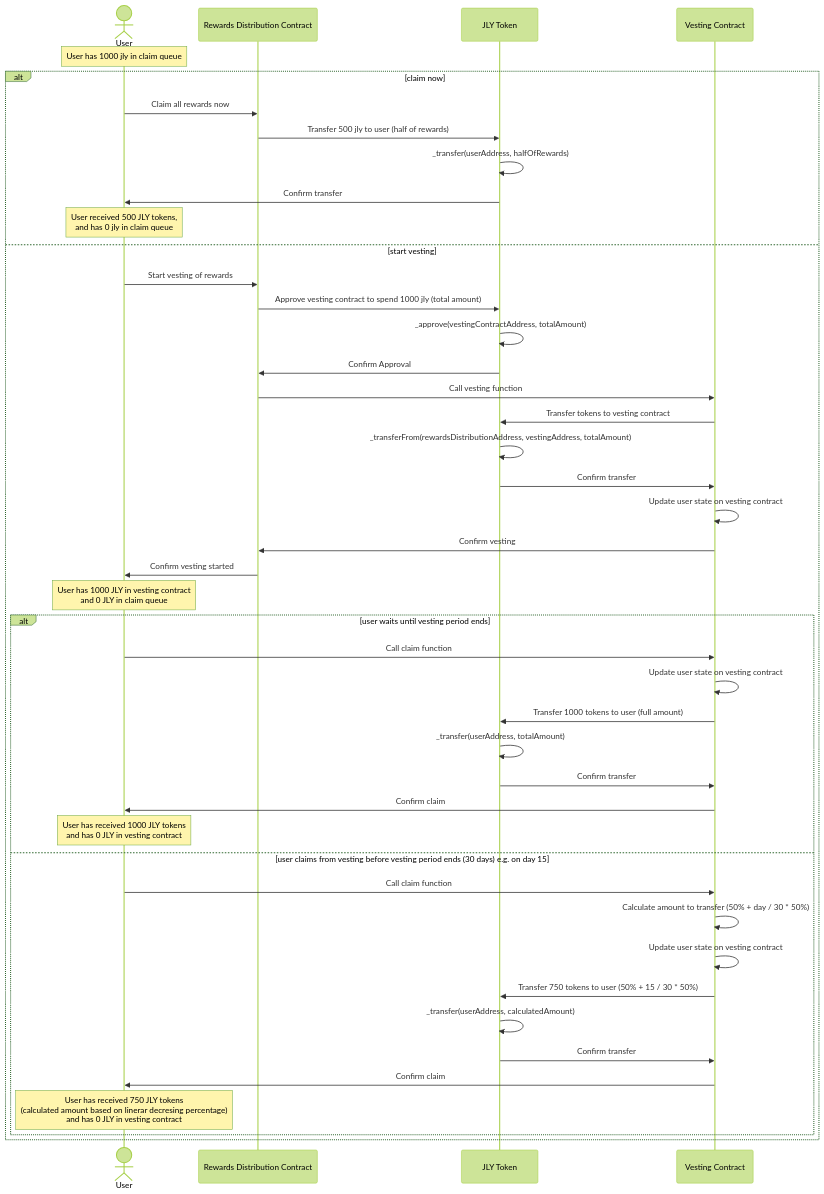
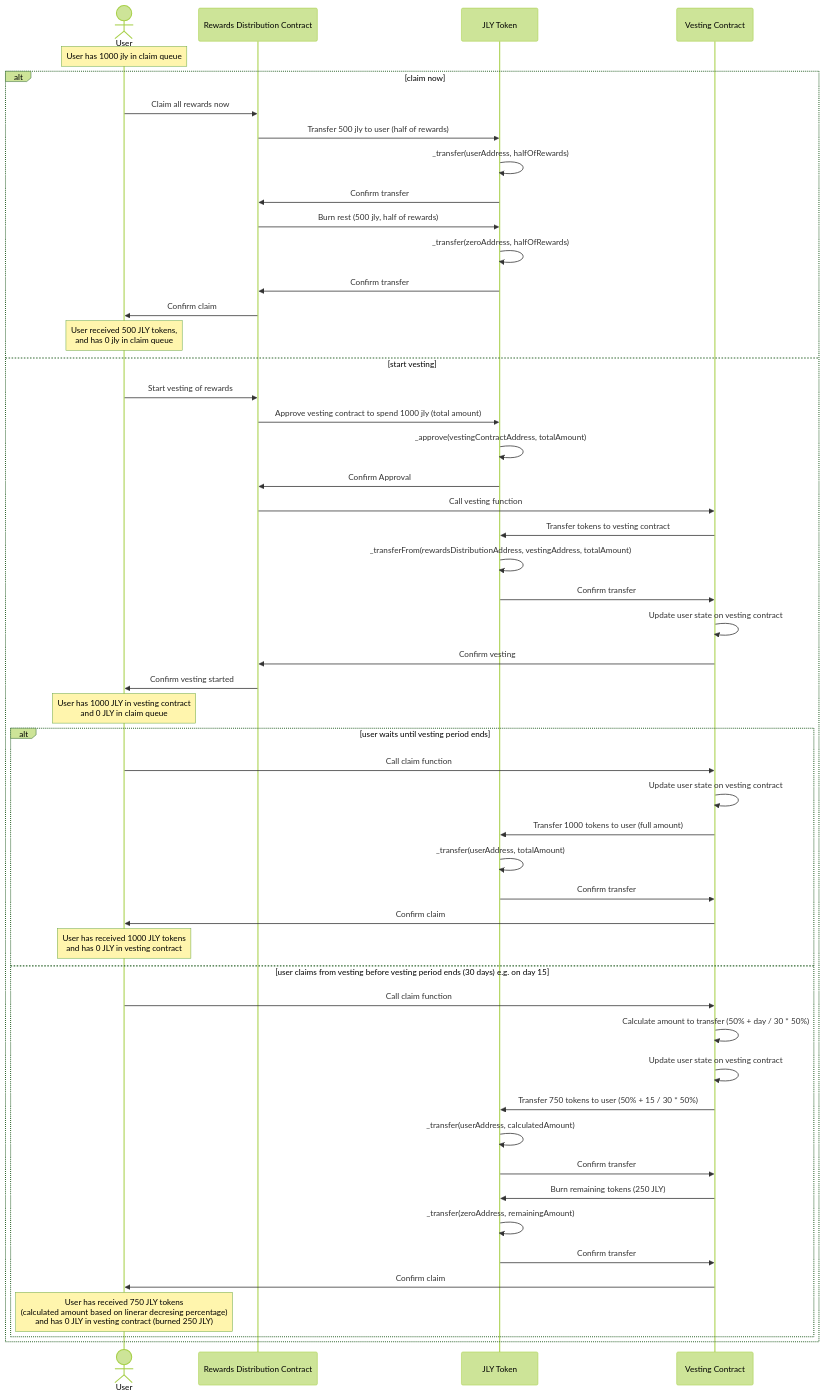
Before and after one commit to omahs/jelly-verse-contracts: the diagram in docs/RewardClaiming&VestingUml.md, drawn with Mermaid (forest theme). The commit also changed other lines of this file, not shown here.

Commit message:
feat: update for Tax burn

````diff
--- a/docs/RewardClaiming&VestingUml.md
+++ b/docs/RewardClaiming&VestingUml.md
@@ -16,46 +17,53 @@
 ```mermaid
 sequenceDiagram
     actor A as User
     participant B as Rewards Distribution Contract
     participant C as JLY Token
     participant D as Vesting Contract
     Note over A: User has 1000 jly in claim queue
     alt claim now
         A->>B: Claim all rewards now
         B->>C: Transfer 500 jly to user (half of rewards)
         C->>C: _transfer(userAddress, halfOfRewards)
-        C->>A: Confirm transfer
+        C->>B: Confirm transfer
+        B->>C: Burn rest (500 jly, half of rewards)
+        C->>C: _transfer(zeroAddress, halfOfRewards)
+        C->>B: Confirm transfer
+        B->>A: Confirm claim
     Note over A: User received 500 JLY tokens, <br/> and has 0 jly in claim queue
     else start vesting
         A->>B: Start vesting of rewards
         B->>C: Approve vesting contract to spend 1000 jly (total amount)
         C->>C: _approve(vestingContractAddress, totalAmount)
         C->>B: Confirm Approval
         B->>D: Call vesting function
         D->>C: Transfer tokens to vesting contract
         C->>C: _transferFrom(rewardsDistributionAddress, vestingAddress, totalAmount)
         C->>D: Confirm transfer
         D->>D: Update user state on vesting contract
         D->>B: Confirm vesting
         B->>A: Confirm vesting started
         Note over A: User has 1000 JLY in vesting contract <br/> and 0 JLY in claim queue
         alt user waits until vesting period ends
             A->>D: Call claim function
             D->>D: Update user state on vesting contract
             D->>C: Transfer 1000 tokens to user (full amount)
             C->>C: _transfer(userAddress, totalAmount)
             C->>D: Confirm transfer
             D->>A: Confirm claim
             Note over A: User has received 1000 JLY tokens <br/> and has 0 JLY in vesting contract
         else user claims from vesting before vesting period ends (30 days) e.g. on day 15
             A->>D: Call claim function
             D->>D: Calculate amount to transfer (50% + day / 30 * 50%)
             D->>D: Update user state on vesting contract
             D->>C: Transfer 750 tokens to user (50% + 15 / 30 * 50%)
             C->>C: _transfer(userAddress, calculatedAmount)
             C->>D: Confirm transfer
+            D->>C: Burn remaining tokens (250 JLY)
+            C->>C: _transfer(zeroAddress, remainingAmount)
+            C->>D: Confirm transfer
             D->>A: Confirm claim
-            Note over A: User has received 750 JLY tokens <br/>(calculated amount based on linerar decresing percentage) <br/> and has 0 JLY in vesting contract
+            Note over A: User has received 750 JLY tokens <br/>(calculated amount based on linerar decresing percentage) <br/> and has 0 JLY in vesting contract (burned 250 JLY)
         end
     end
 ```
````
